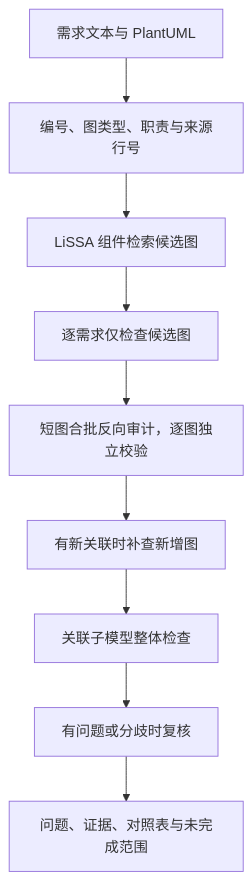
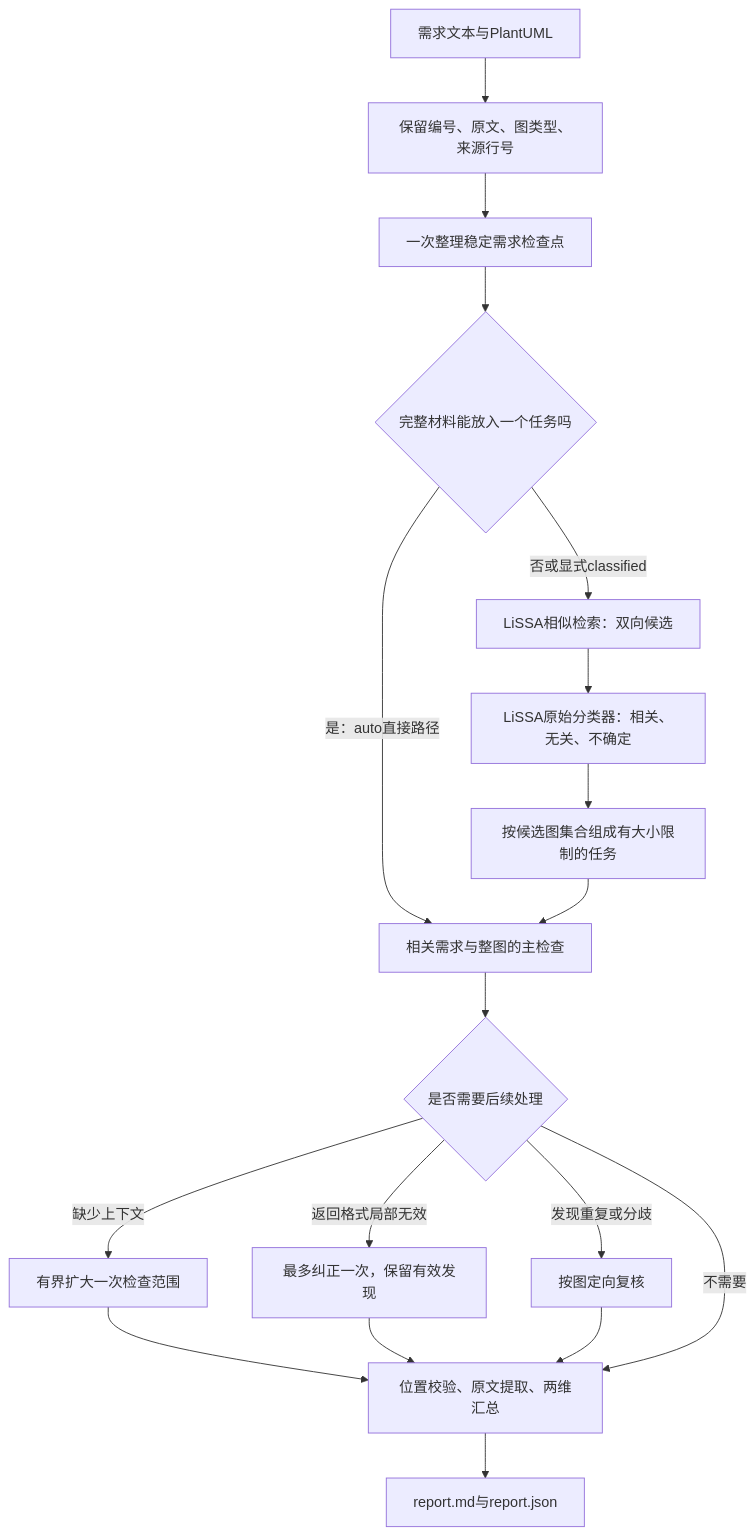
The diagram in docs/ARCHITECTURE.md (coffeeiceYJ/Consistency-check), drawn with Mermaid before and after one commit. The commit also changed other lines of this file and 21 other files, not shown here.

First line of the commit message:
Implement task-based requirement and UML checking

````diff
--- a/docs/ARCHITECTURE.md
+++ b/docs/ARCHITECTURE.md
@@ -5,11 +5,20 @@
 ```mermaid
 flowchart TD
- A[需求文本与 PlantUML] --> B[编号、图类型、职责与来源行号]
- B --> C[LiSSA 组件检索候选图]
- C --> D[逐需求仅检查候选图]
- D --> E[短图合批反向审计，逐图独立校验]
- E --> F[有新关联时补查新增图]
- F --> G[关联子模型整体检查]
- G --> H[有问题或分歧时复核]
- H --> I[问题、证据、对照表与未完成范围]
+ A[需求文本与PlantUML] --> B[保留编号、原文、图类型、来源行号]
+ B --> C[一次整理稳定需求检查点]
+ C --> D{完整材料能放入一个任务吗}
+ D -->|是：auto直接路径| H[相关需求与整图的主检查]
+ D -->|否或显式classified| E[LiSSA相似检索：双向候选]
+ E --> F[LiSSA原始分类器：相关、无关、不确定]
+ F --> G[按候选图集合组成有大小限制的任务]
+ G --> H
+ H --> I{是否需要后续处理}
+ I -->|缺少上下文| J[有界扩大一次检查范围]
+ I -->|返回格式局部无效| K[最多纠正一次，保留有效发现]
+ I -->|发现重复或分歧| L[按图定向复核]
+ J --> M[位置校验、原文提取、两维汇总]
+ K --> M
+ L --> M
+ I -->|不需要| M
+ M --> N[report.md与report.json]
 ```
````
